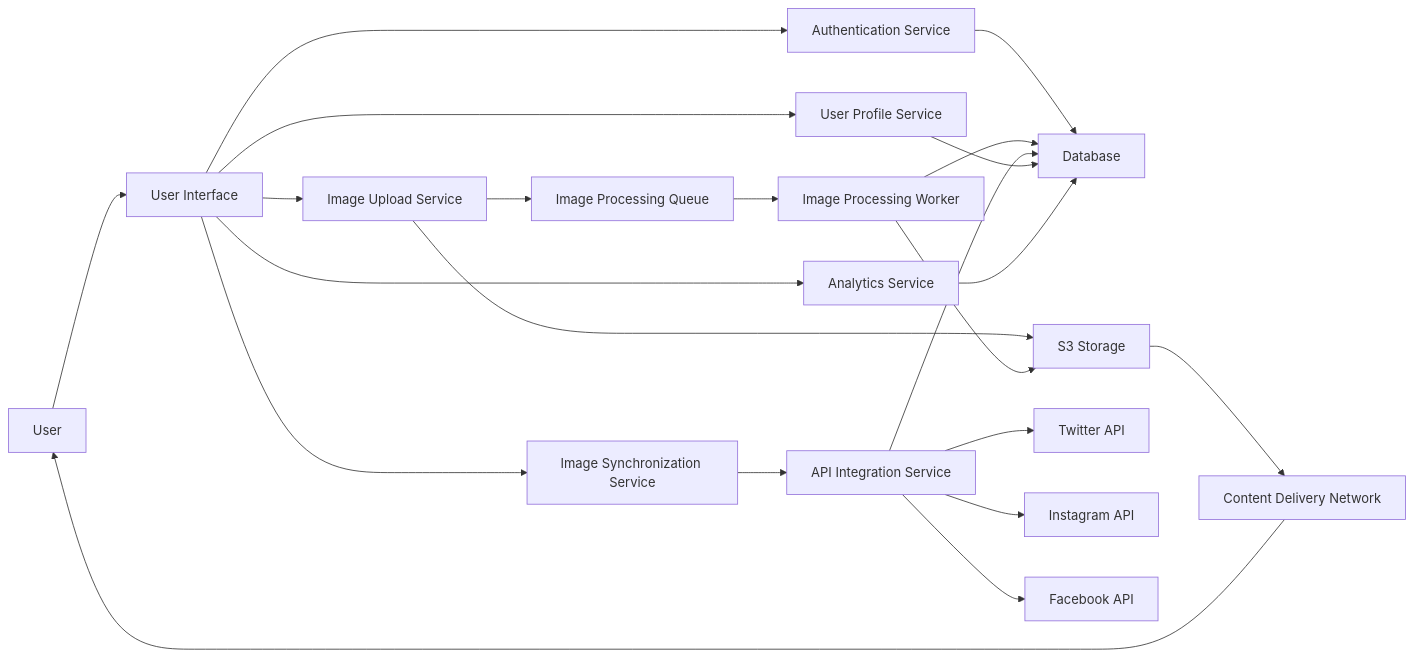
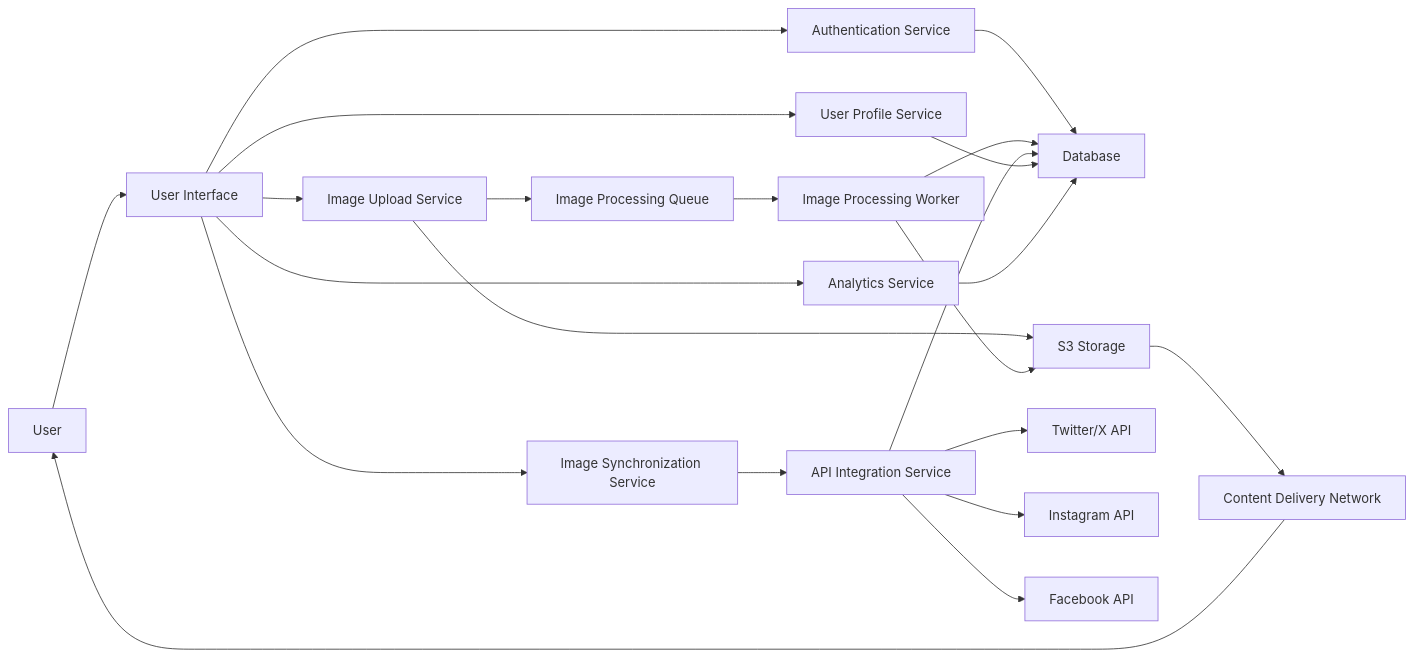
One commit to loftwah/brandsync changed the first of 3 diagrams in design.md. Above: the diagram before and after it, drawn with Mermaid. The commit also changed other lines of this file, not shown here.

````diff
--- a/design.md
+++ b/design.md
@@ -109,24 +109,24 @@
 ```mermaid
 graph LR
     User[User] --> UI[User Interface]
     UI --> Auth[Authentication Service]
     UI --> Upload[Image Upload Service]
     UI --> Sync[Image Synchronization Service]
     UI --> Profile[User Profile Service]
     UI --> Analytics[Analytics Service]
     Auth --> DB[Database]
     Upload --> S3[S3 Storage]
     Upload --> Queue[Image Processing Queue]
     Queue --> Worker[Image Processing Worker]
     Worker --> S3
     Worker --> DB
     Sync --> API[API Integration Service]
-    API --> Twitter[Twitter API]
+    API --> Twitter/X[Twitter/X API]
     API --> Instagram[Instagram API]
     API --> Facebook[Facebook API]
     API --> DB
     Profile --> DB
     Analytics --> DB
     S3 --> CDN[Content Delivery Network]
     CDN --> User
 ```
````
